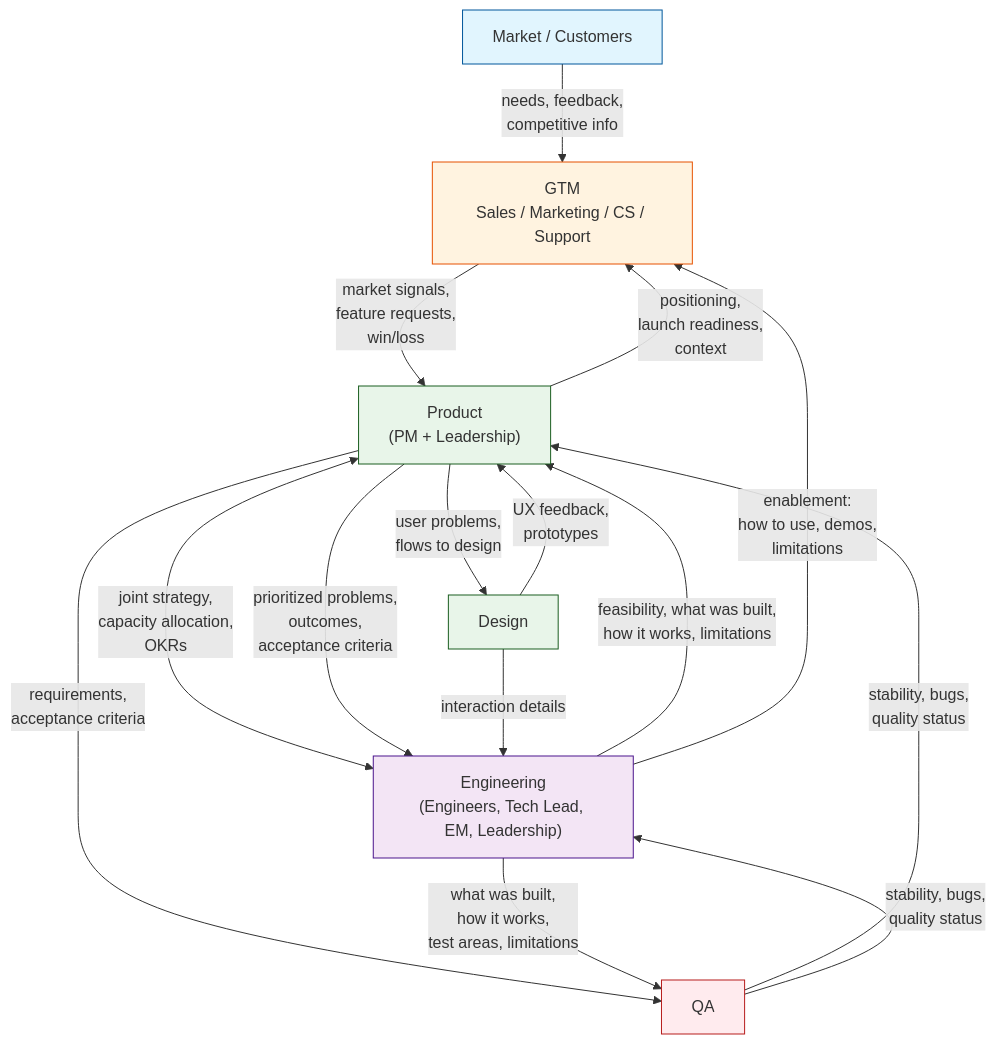
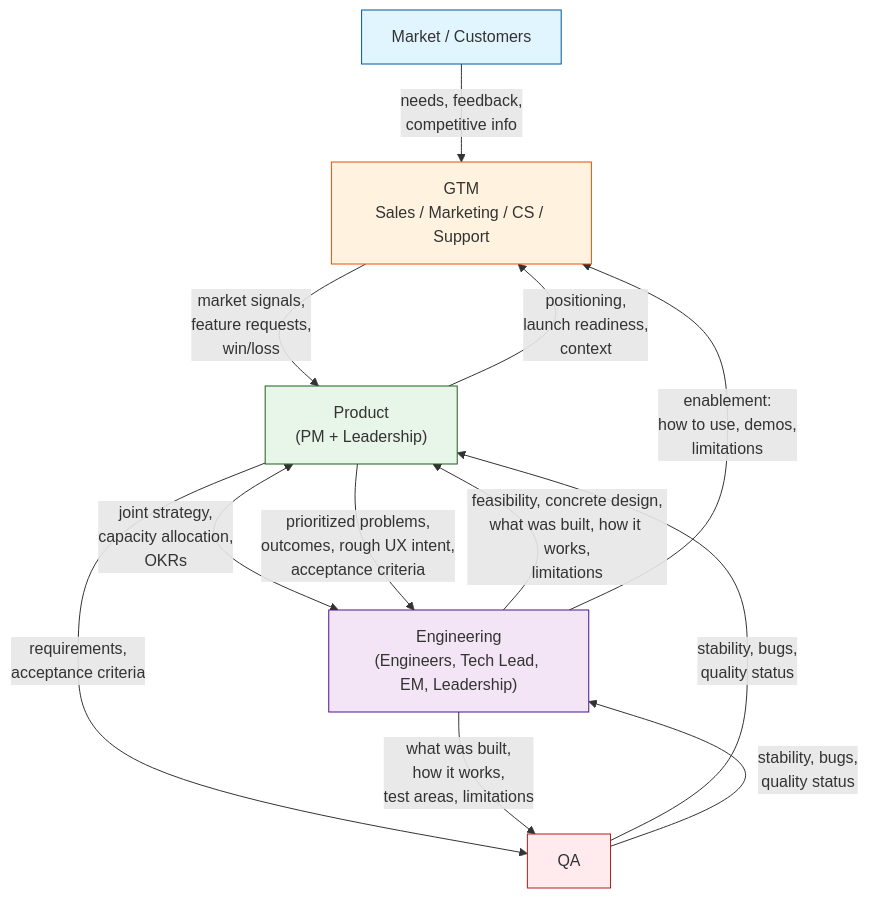
The diagram in docs/organization-info-flow.md (mingwai-tam/lead-manage-admin), drawn with Mermaid before and after one commit. The commit also changed other lines of this file, not shown here.

Commit message:
Remove separate Design entity; reflect common reality where PM sketches UX and Engineering does actual design

````diff
--- a/docs/organization-info-flow.md
+++ b/docs/organization-info-flow.md
@@ -57,41 +57,37 @@
 ```mermaid
 flowchart TD
     Market["Market / Customers"]
     GTM["GTM\nSales / Marketing / CS / Support"]
     Product["Product\n(PM + Leadership)"]
     Engineering["Engineering\n(Engineers, Tech Lead, EM, Leadership)"]
     QA["QA"]
-    Design["Design"]
 
     Market -->|"needs, feedback,\ncompetitive info"| GTM
     GTM -->|"market signals,\nfeature requests,\nwin/loss"| Product
 
     Product <-->|"joint strategy,\ncapacity allocation,\nOKRs"| Engineering
 
-    Product -->|"prioritized problems,\noutcomes,\nacceptance criteria"| Engineering
+    Product -->|"prioritized problems,\noutcomes, rough UX intent,\nacceptance criteria"| Engineering
     Product -->|"requirements,\nacceptance criteria"| QA
-    Product -->|"user problems,\nflows to design"| Design
 
-    Engineering -->|"feasibility, what was built,\nhow it works, limitations"| Product
+    Engineering -->|"feasibility, concrete design,\nwhat was built, how it works,\nlimitations"| Product
     Engineering -->|"what was built,\nhow it works,\ntest areas, limitations"| QA
     Engineering -->|"enablement:\nhow to use, demos,\nlimitations"| GTM
 
     QA -->|"stability, bugs,\nquality status"| Product
     QA -->|"stability, bugs,\nquality status"| Engineering
 
     Product -->|"positioning,\nlaunch readiness,\ncontext"| GTM
-    Design -->|"UX feedback,\nprototypes"| Product
-    Design -->|"interaction details"| Engineering
 
     classDef external fill:#e1f5fe,stroke:#01579b
     classDef gtm fill:#fff3e0,stroke:#e65100
     classDef product fill:#e8f5e9,stroke:#1b5e20
     classDef eng fill:#f3e5f5,stroke:#4a148c
     classDef qa fill:#ffebee,stroke:#b71c1c
 
     class Market external
     class GTM gtm
-    class Product,Design product
+    class Product product
     class Engineering eng
     class QA qa
 ```
````
